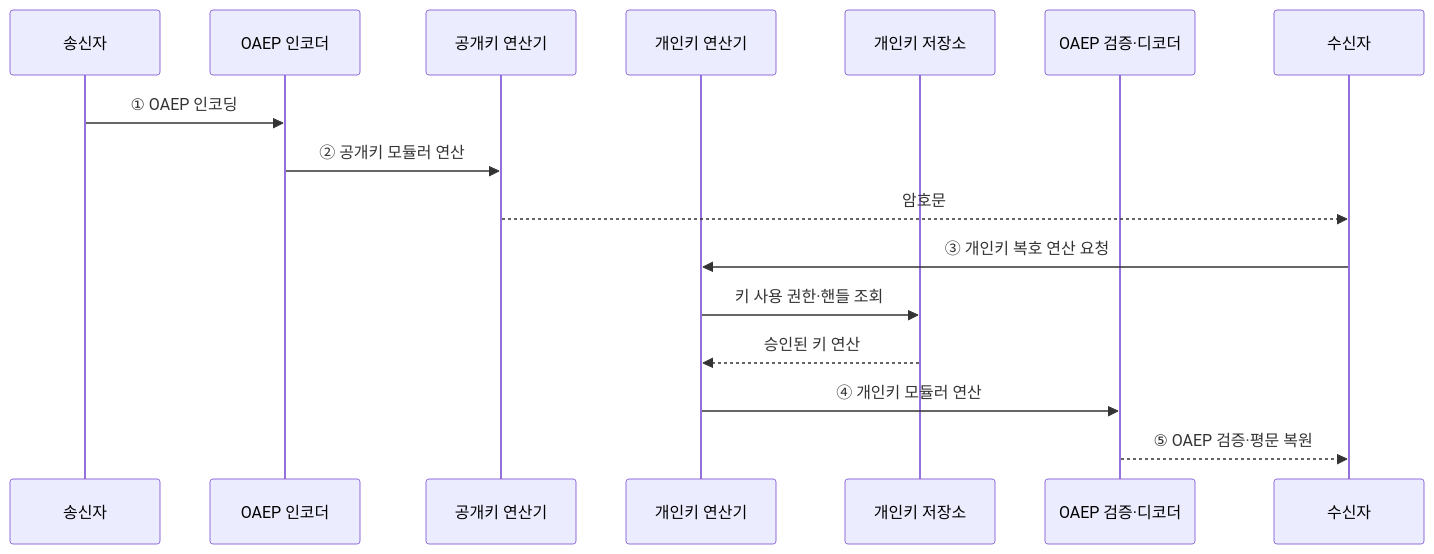
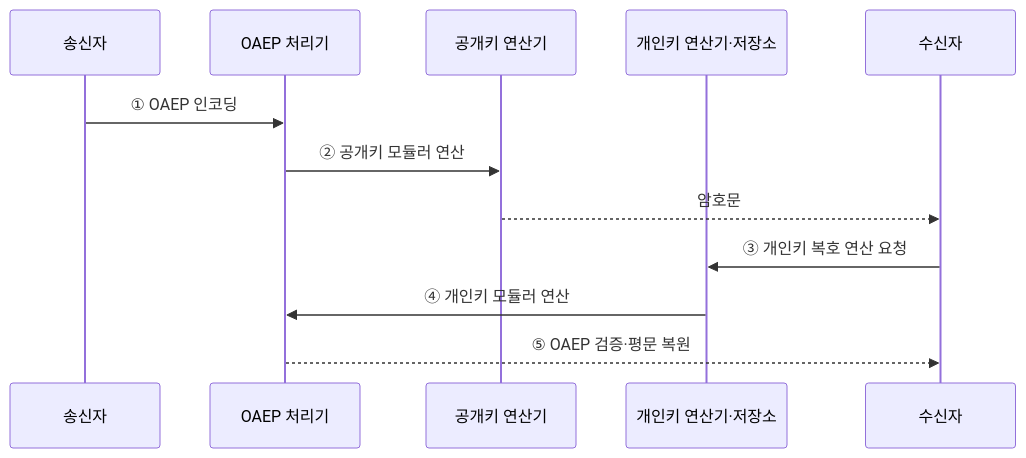
The second of 2 diagrams in src/content/docs/notes/01-basic-theory/059_crypto_math_rsa.md (agnusdei1207/knowledge-base), drawn with Mermaid before and after one commit. The commit also changed other lines of this file and 20 other files, not shown here.

````diff
--- a/src/content/docs/notes/01-basic-theory/059_crypto_math_rsa.md
+++ b/src/content/docs/notes/01-basic-theory/059_crypto_math_rsa.md
@@ -93,18 +93,14 @@
 ```mermaid
 sequenceDiagram
     participant A as 송신자
-    participant PE as OAEP 인코더
+    participant O as OAEP 처리기
     participant X as 공개키 연산기
-    participant H as 개인키 연산기
-    participant S as 개인키 저장소
-    participant PD as OAEP 검증·디코더
+    participant H as 개인키 연산기·저장소
     participant B as 수신자
-    A->>PE: ① OAEP 인코딩
-    PE->>X: ② 공개키 모듈러 연산
+    A->>O: ① OAEP 인코딩
+    O->>X: ② 공개키 모듈러 연산
     X-->>B: 암호문
     B->>H: ③ 개인키 복호 연산 요청
-    H->>S: 키 사용 권한·핸들 조회
-    S-->>H: 승인된 키 연산
-    H->>PD: ④ 개인키 모듈러 연산
-    PD-->>B: ⑤ OAEP 검증·평문 복원
+    H->>O: ④ 개인키 모듈러 연산
+    O-->>B: ⑤ OAEP 검증·평문 복원
 ```
````
